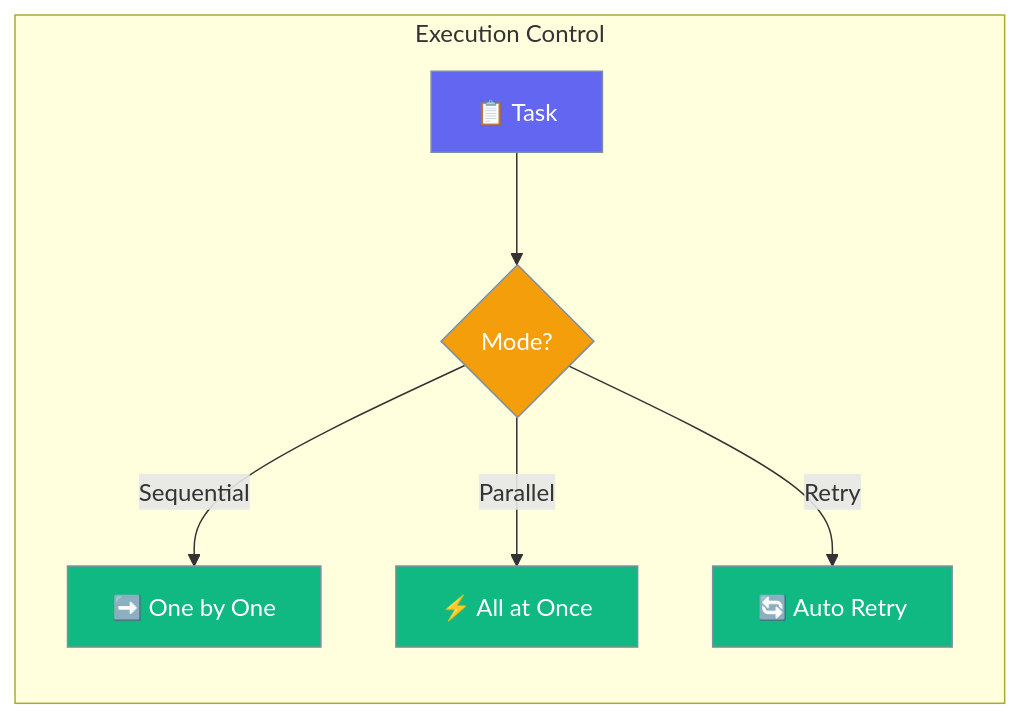
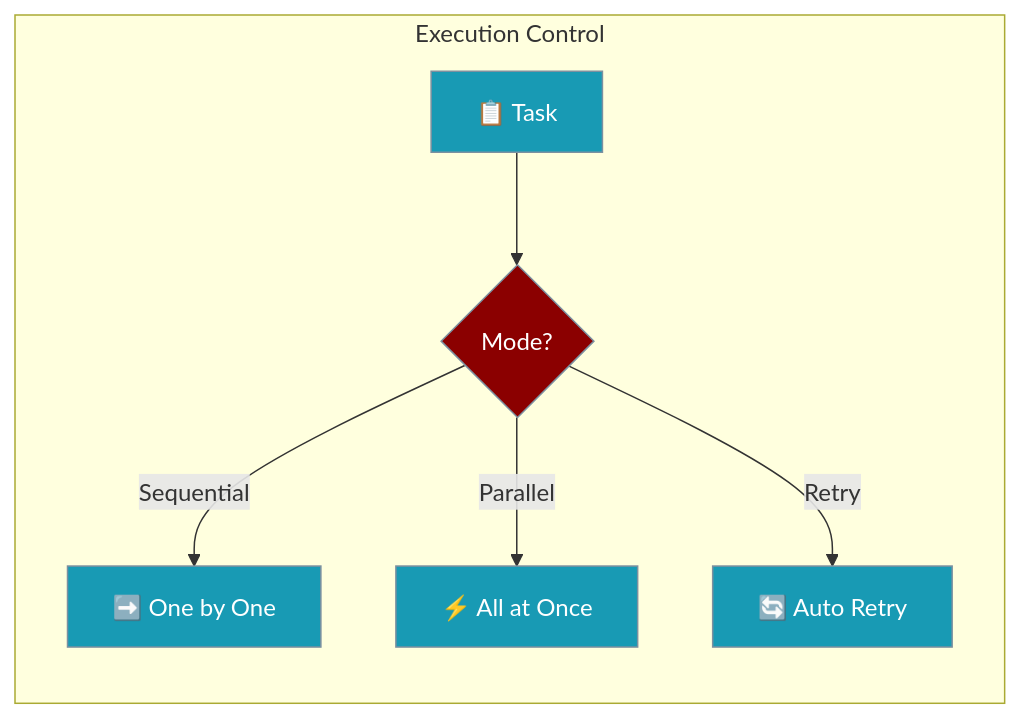
The first of 2 diagrams in docs/js/execution.mdx (MervinPraison/PraisonAIDocs), drawn with Mermaid before and after one commit. The commit also changed 19 other files, not shown here.

````diff
--- a/docs/js/execution.mdx
+++ b/docs/js/execution.mdx
@@ -10,17 +10,14 @@
 ```mermaid
 graph LR
     subgraph "Execution Control"
         A[📋 Task] --> B{Mode?}
         B -->|Sequential| C[➡️ One by One]
         B -->|Parallel| D[⚡ All at Once]
         B -->|Retry| E[🔄 Auto Retry]
     end
-    
-    classDef task fill:#6366F1,stroke:#7C90A0,color:#fff
-    classDef mode fill:#F59E0B,stroke:#7C90A0,color:#fff
-    classDef exec fill:#10B981,stroke:#7C90A0,color:#fff
-    
-    class A task
-    class B mode
-    class C,D,E exec
+
+    classDef agent fill:#8B0000,stroke:#7C90A0,color:#fff
+    classDef tool fill:#189AB4,stroke:#7C90A0,color:#fff
+    class B agent
+    class A,C,D,E tool
 ```
````
